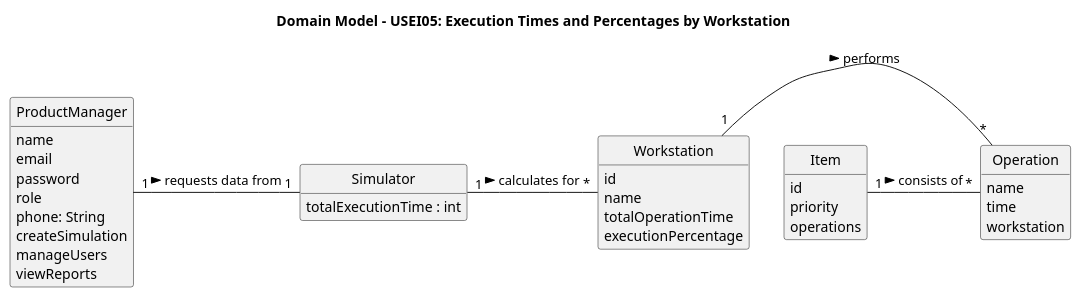
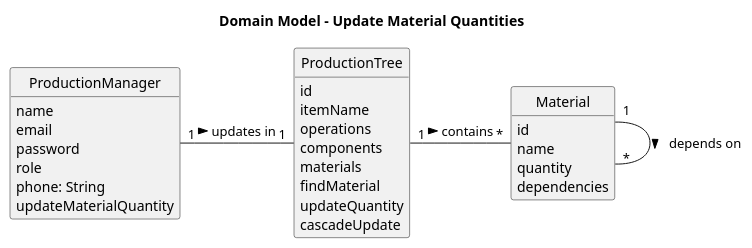
One commit to AmirMasnavi/Industrial-Production-Simulator changed the diagram in Sprint2/documentation/USEI12/02.analysis/puml/USEI05-domain-model.puml. Above: the diagram before and after it, drawn with PlantUML. The commit also changed other lines of this file and 15 other files, not shown here.

Commit message:
domain model and SSD USEI11,and USEI12

```diff
--- a/Sprint2/documentation/USEI12/02.analysis/puml/USEI05-domain-model.puml
+++ b/Sprint2/documentation/USEI12/02.analysis/puml/USEI05-domain-model.puml
@@ -1,53 +1,42 @@
 @startuml
 skinparam monochrome true
 skinparam packageStyle rectangle
 skinparam shadowing false
 skinparam classAttributeIconSize 0
 
 hide circle
 hide methods
 
-title Domain Model - USEI05: Execution Times and Percentages by Workstation
+title Domain Model - Update Material Quantities
 
-class Simulator {
-    totalExecutionTime : int
-    calculateExecutionTimeByWorkstation() : void
-    calculatePercentageByWorkstation() : void
-}
-
-class ProductManager {
+class ProductionManager {
     name
     email
     password
     role
     phone: String
-    createSimulation
-    manageUsers
-    viewReports
-    }
+    updateMaterialQuantity
+}
 
-class Workstation {
+class ProductionTree {
+    id
+    itemName
+    operations
+    components
+    materials
+    findMaterial
+    updateQuantity
+    cascadeUpdate
+}
+
+class Material {
     id
     name
-    totalOperationTime
-    executionPercentage
+    quantity
+    dependencies
 }
 
-class Operation {
-    name
-    time
-    workstation
-}
-
-class Item {
-    id
-    priority
-    operations
-}
-
-ProductManager "1" - "1" Simulator : requests data from >
-Simulator "1" - "*" Workstation : calculates for >
-Workstation "1" - "*" Operation : performs >
-Item "1" - "*" Operation : consists of >
-
+ProductionManager "1" - "1" ProductionTree : updates in >
+ProductionTree "1" - "*" Material : contains >
+Material "1" - "*" Material : depends on >
 @enduml
```
